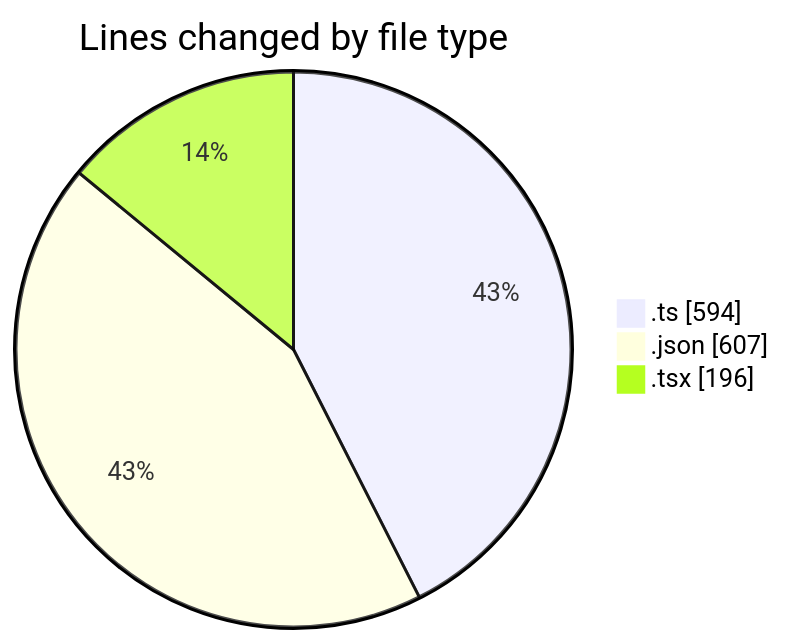
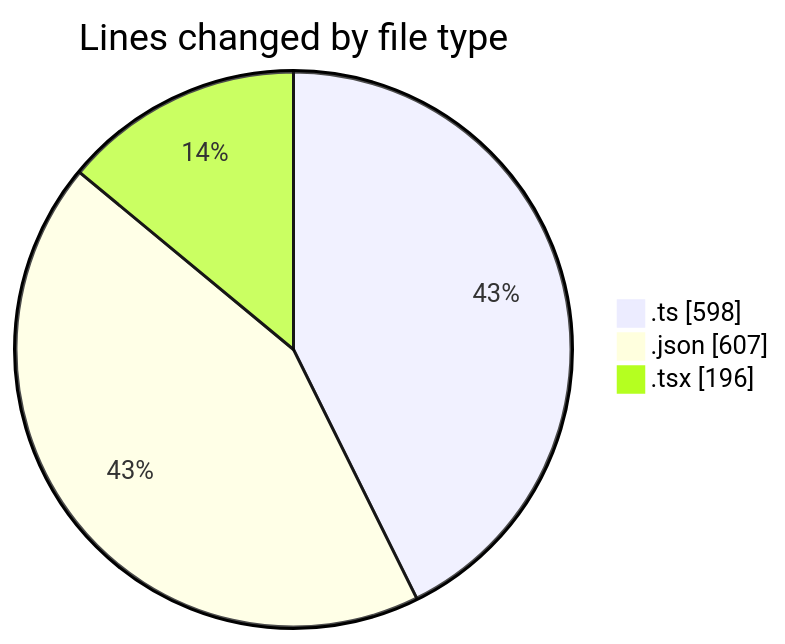
The first of 2 diagrams in 2025-07-12/ribbon/README.md (EIIisD/code-tracking), drawn with Mermaid before and after one commit. The commit also changed other lines of this file and 1 other file, not shown here.

````diff
--- a/2025-07-12/ribbon/README.md
+++ b/2025-07-12/ribbon/README.md
@@ -29,7 +29,7 @@
 ```mermaid
 pie showData
 title Lines changed by file type
-".ts" : 594
+".ts" : 598
 ".json" : 607
 ".tsx" : 196
 ```
````
